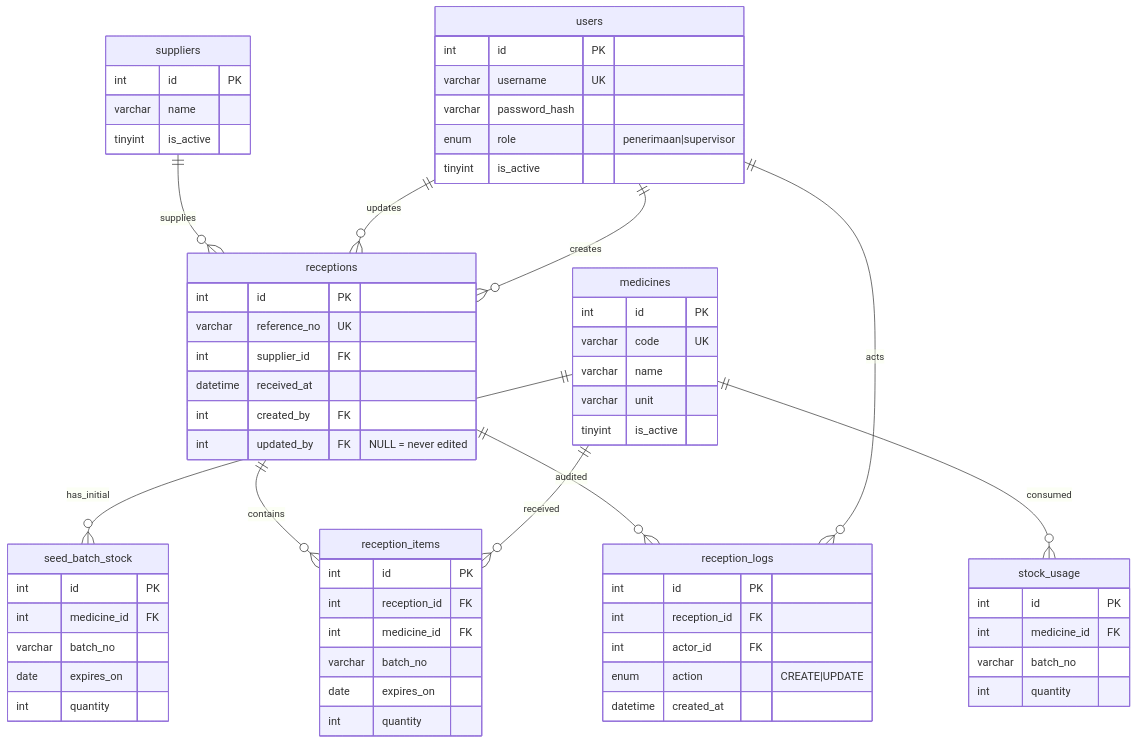
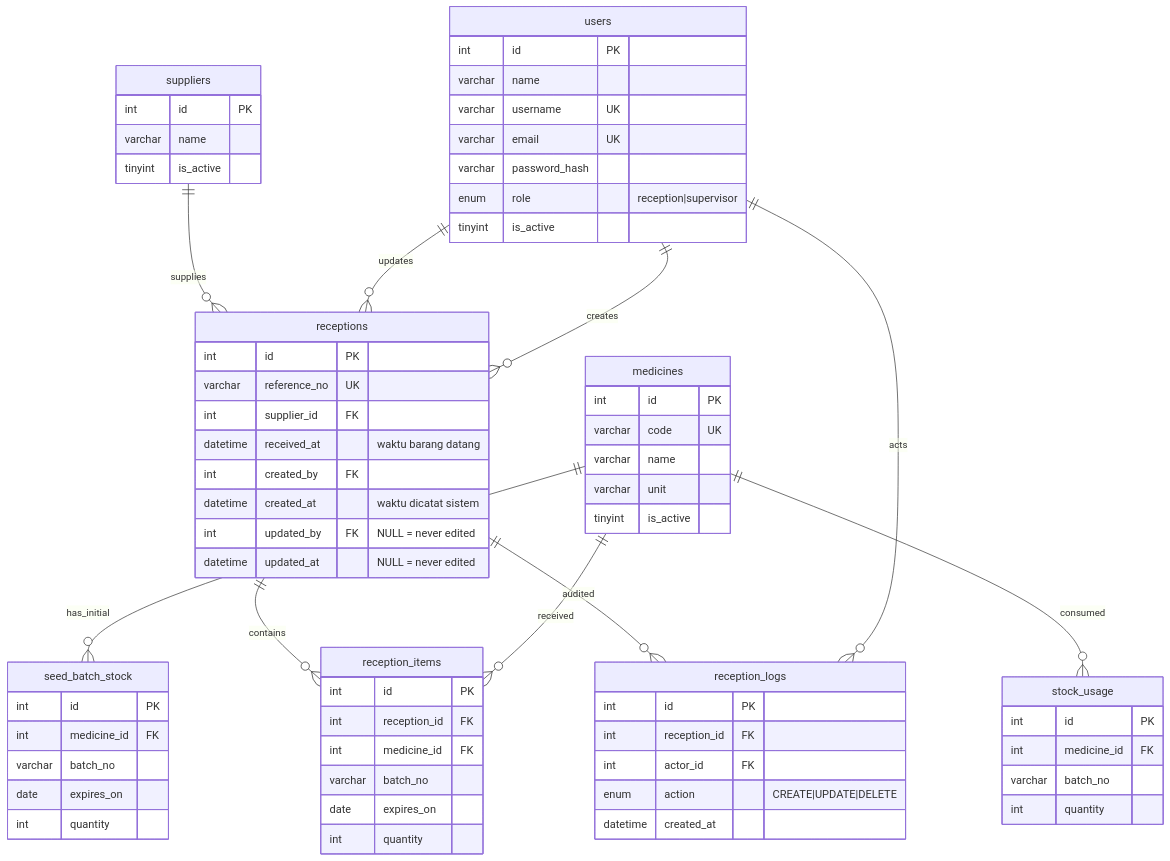
One commit to LostInLost/pharmacy-farmagitechs changed the diagram in docs/database.md. Above: the diagram before and after it, drawn with Mermaid. The commit also changed other lines of this file and 2 other files, not shown here.

Commit message:
docs: sync README, database doc, and env template
Align documentation with the enriched schema and hash configuration:
Argon2id credentials, reception role name, reception timestamps, and
the DELETE action value, plus a HASH block in the env template.

````diff
--- a/docs/database.md
+++ b/docs/database.md
@@ -5,68 +5,72 @@
 ```mermaid
 erDiagram
     users ||--o{ receptions : "creates"
     users ||--o{ receptions : "updates"
     users ||--o{ reception_logs : "acts"
     suppliers ||--o{ receptions : "supplies"
     medicines ||--o{ seed_batch_stock : "has_initial"
     medicines ||--o{ stock_usage : "consumed"
     medicines ||--o{ reception_items : "received"
     receptions ||--o{ reception_items : "contains"
     receptions ||--o{ reception_logs : "audited"
 
     users {
         int id PK
+        varchar name
         varchar username UK
+        varchar email UK
         varchar password_hash
-        enum role "penerimaan|supervisor"
+        enum role "reception|supervisor"
         tinyint is_active
     }
     suppliers {
         int id PK
         varchar name
         tinyint is_active
     }
     medicines {
         int id PK
         varchar code UK
         varchar name
         varchar unit
         tinyint is_active
     }
     seed_batch_stock {
         int id PK
         int medicine_id FK
         varchar batch_no
         date expires_on
         int quantity
     }
     stock_usage {
         int id PK
         int medicine_id FK
         varchar batch_no
         int quantity
     }
     receptions {
         int id PK
         varchar reference_no UK
         int supplier_id FK
-        datetime received_at
+        datetime received_at "waktu barang datang"
         int created_by FK
+        datetime created_at "waktu dicatat sistem"
         int updated_by FK "NULL = never edited"
+        datetime updated_at "NULL = never edited"
     }
     reception_items {
         int id PK
         int reception_id FK
         int medicine_id FK
         varchar batch_no
         date expires_on
         int quantity
     }
     reception_logs {
         int id PK
         int reception_id FK
         int actor_id FK
-        enum action "CREATE|UPDATE"
+        enum action "CREATE|UPDATE|DELETE"
         datetime created_at
     }
 ```
````
